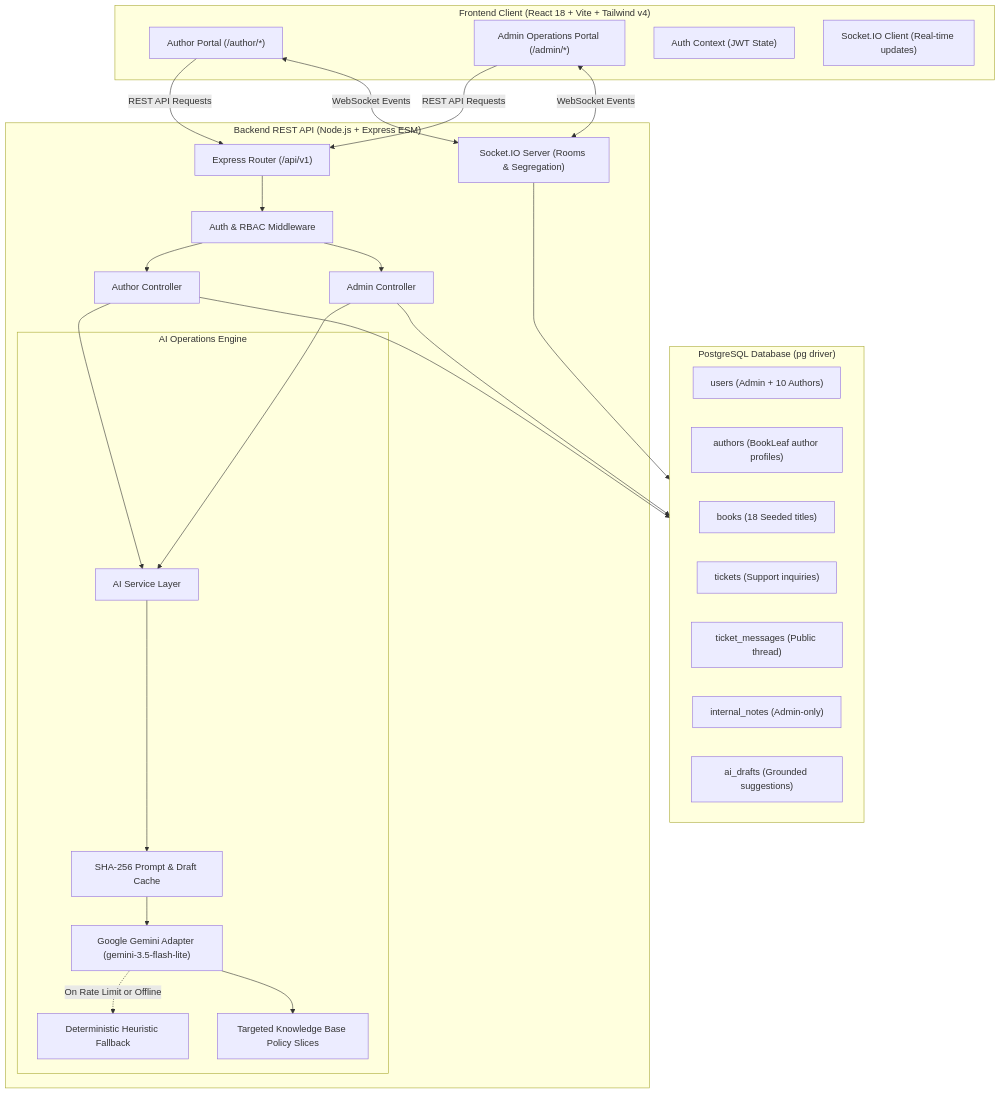
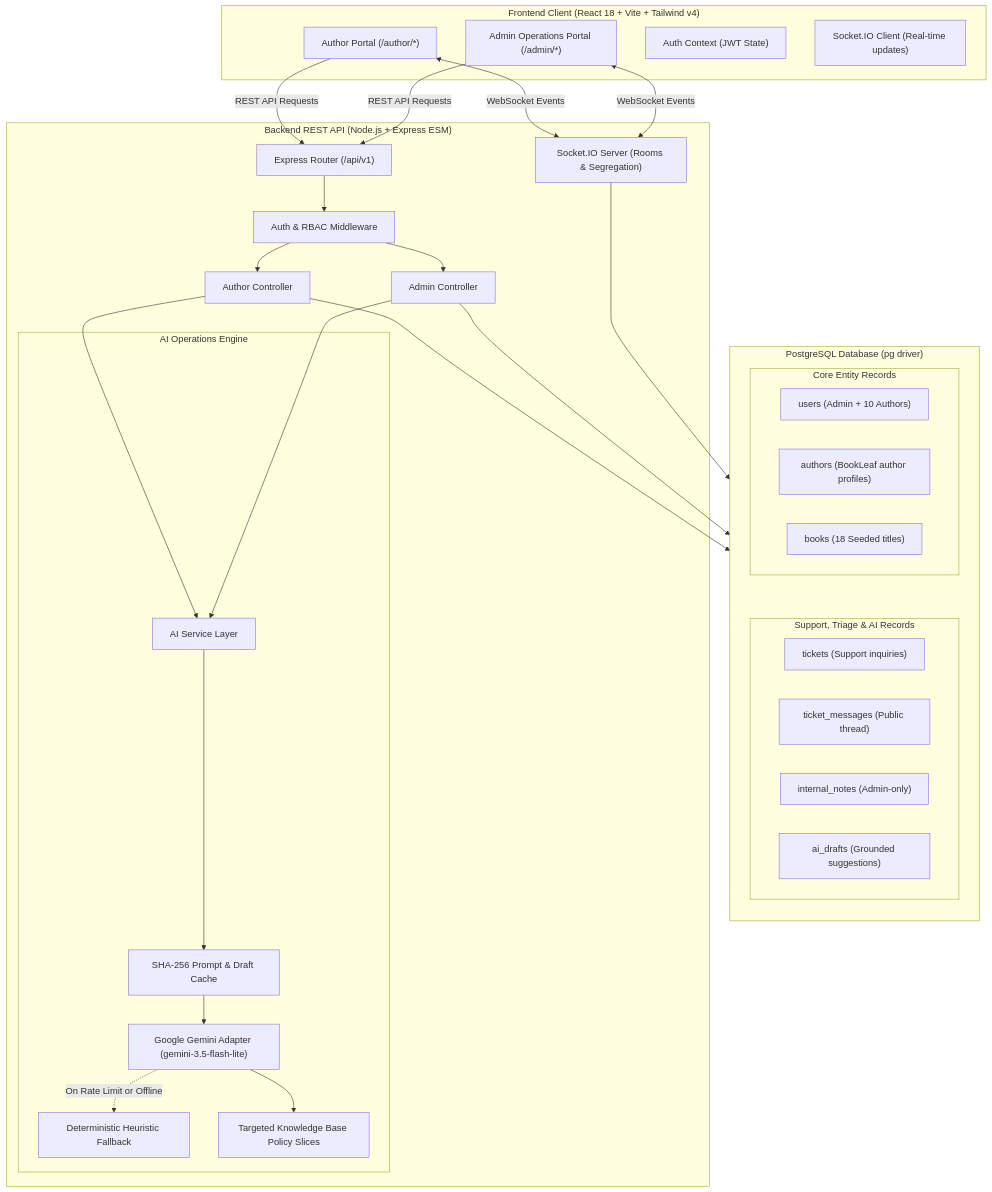
One commit to Abhisek1233/Bookleaf-author-portal changed the diagram in README.md. Above: the diagram before and after it, drawn with Mermaid.

Commit message:
docs(readme): restructure Mermaid storage layout and add bottom buffer to prevent GitHub zoom controls overlap

````diff
--- a/README.md
+++ b/README.md
@@ -127,56 +127,66 @@
 ```mermaid
 flowchart TD
     subgraph Client["Frontend Client (React 18 + Vite + Tailwind v4)"]
         AuthorUI["Author Portal (/author/*)"]
         AdminUI["Admin Operations Portal (/admin/*)"]
         AuthCtx["Auth Context (JWT State)"]
         SocketCl["Socket.IO Client (Real-time updates)"]
     end
 
     subgraph Server["Backend REST API (Node.js + Express ESM)"]
         Router["Express Router (/api/v1)"]
         AuthMw["Auth & RBAC Middleware"]
         AuthorCtrl["Author Controller"]
         AdminCtrl["Admin Controller"]
         
         subgraph AISubsystem["AI Operations Engine"]
             AISvc["AI Service Layer"]
             GeminiProv["Google Gemini Adapter (gemini-3.5-flash-lite)"]
             FallbackProv["Deterministic Heuristic Fallback"]
             KB["Targeted Knowledge Base Policy Slices"]
             Cache["SHA-256 Prompt & Draft Cache"]
         end
 
         SocketSvr["Socket.IO Server (Rooms & Segregation)"]
     end
 
     subgraph Storage["PostgreSQL Database (pg driver)"]
-        T_Users["users (Admin + 10 Authors)"]
-        T_Authors["authors (BookLeaf author profiles)"]
-        T_Books["books (18 Seeded titles)"]
-        T_Tickets["tickets (Support inquiries)"]
-        T_Messages["ticket_messages (Public thread)"]
-        T_Notes["internal_notes (Admin-only)"]
-        T_Drafts["ai_drafts (Grounded suggestions)"]
+        direction TB
+        subgraph CoreTables["Core Entity Records"]
+            T_Users["users (Admin + 10 Authors)"]
+            T_Authors["authors (BookLeaf author profiles)"]
+            T_Books["books (18 Seeded titles)"]
+        end
+        subgraph SupportTables["Support, Triage & AI Records"]
+            T_Tickets["tickets (Support inquiries)"]
+            T_Messages["ticket_messages (Public thread)"]
+            T_Notes["internal_notes (Admin-only)"]
+            T_Drafts["ai_drafts (Grounded suggestions)"]
+        end
+        CoreTables ~~~ SupportTables
     end
 
     AuthorUI -->|REST API Requests| Router
     AdminUI -->|REST API Requests| Router
     AuthorUI <-->|WebSocket Events| SocketSvr
     AdminUI <-->|WebSocket Events| SocketSvr
 
     Router --> AuthMw
     AuthMw --> AuthorCtrl
     AuthMw --> AdminCtrl
     
     AuthorCtrl --> AISvc
     AdminCtrl --> AISvc
     AISvc --> Cache
     Cache --> GeminiProv
     GeminiProv -.->|On Rate Limit or Offline| FallbackProv
     GeminiProv --> KB
     
     AuthorCtrl --> Storage
     AdminCtrl --> Storage
     SocketSvr --> Storage
+
+    CornerPad[" \n \n "]
+    Storage ~~~ CornerPad
+    style CornerPad fill:none,stroke:none,color:none
 ```
````
